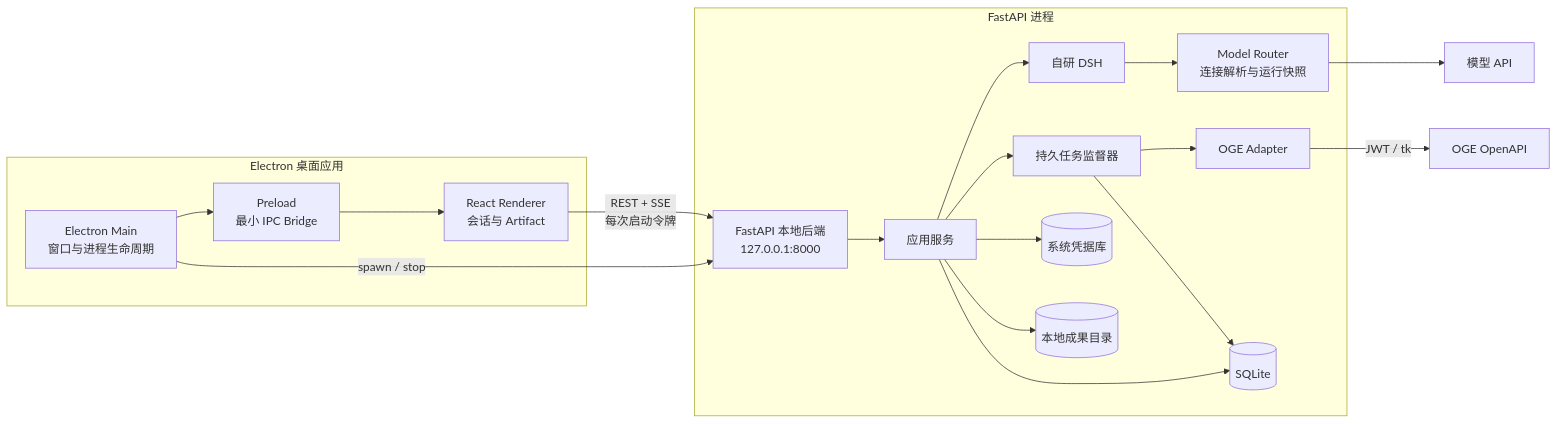
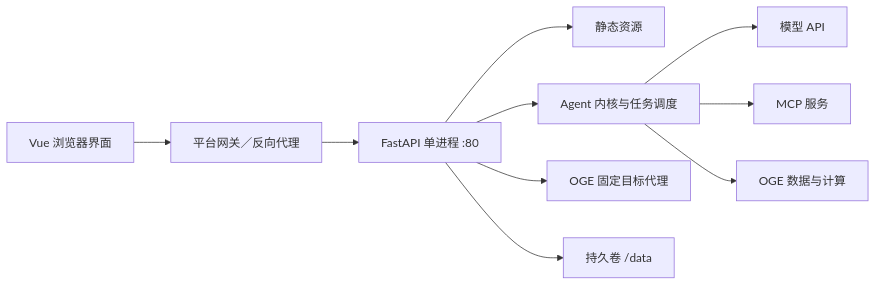
The diagram in docs/开发架构设计.md (haodijia/kunyu-geoagent), drawn with Mermaid before and after one commit. The commit also changed other lines of this file and 28 other files, not shown here.

Commit message:
feat(delivery): package the Vue web application for Linux amd64 Docker

````diff
--- a/docs/开发架构设计.md
+++ b/docs/开发架构设计.md
@@ -355,35 +9,12 @@
 ```mermaid
 flowchart LR
-    subgraph Desktop[Electron 桌面应用]
-        MAIN[Electron Main\n窗口与进程生命周期]
-        PRELOAD[Preload\n最小 IPC Bridge]
-        FE[React Renderer\n会话与 Artifact]
-        MAIN --> PRELOAD --> FE
-    end
-
-    MAIN -->|spawn / stop| API[FastAPI 本地后端\n127.0.0.1:8000]
-    FE -->|REST + SSE\n每次启动令牌| API
-
-    subgraph Backend[FastAPI 进程]
-        APP[应用服务]
-        DSH[自研 DSH]
-        MODELS[Model Router\n连接解析与运行快照]
-        JOB[持久任务监督器]
-        OGEADAPTER[OGE Adapter]
-        DB[(SQLite)]
-        CREDENTIALS[(系统凭据库)]
-        FILES[(本地成果目录)]
-        API --> APP
-        APP --> DSH
-        DSH --> MODELS
-        APP --> JOB
-        APP --> DB
-        APP --> CREDENTIALS
-        JOB --> DB
-        JOB --> OGEADAPTER
-        APP --> FILES
-    end
-
-    OGEADAPTER -->|JWT / tk| OGE[OGE OpenAPI]
-    MODELS --> MODEL[模型 API]
+    Browser[Vue 浏览器界面] --> Gateway[平台网关／反向代理]
+    Gateway --> Web[FastAPI 单进程 :80]
+    Web --> Static[静态资源]
+    Web --> Agent[Agent 内核与任务调度]
+    Web --> OGE[OGE 固定目标代理]
+    Agent --> Models[模型 API]
+    Agent --> MCP[MCP 服务]
+    Agent --> Platform[OGE 数据与计算]
+    Web --> Data[持久卷 /data]
 ```
````
